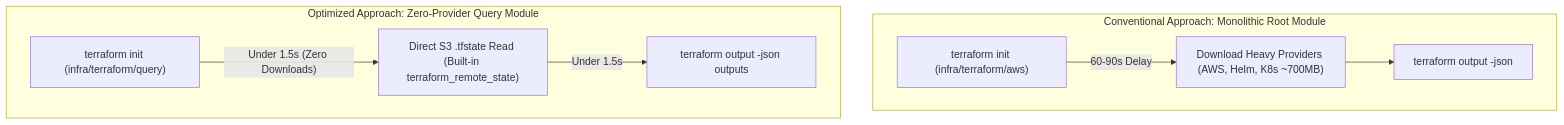
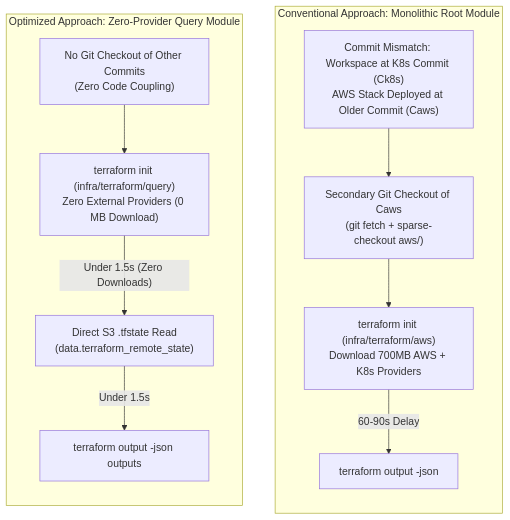
One commit to parth9218/Document-Intelligence-Platform changed the diagram in docs-site/docs/challenges/terraform-query-module.md. Above: the diagram before and after it, drawn with Mermaid. The commit also changed other lines of this file and 4 other files, not shown here.

````diff
--- a/docs-site/docs/challenges/terraform-query-module.md
+++ b/docs-site/docs/challenges/terraform-query-module.md
@@ -47,18 +58,26 @@
 ```mermaid
 flowchart TD
-    subgraph Traditional_Pattern ["Conventional Approach: Monolithic Root Module"]
-        Init1["terraform init (infra/terraform/aws)"]
-        DL1["Download Heavy Providers (AWS, Helm, K8s ~700MB)"]
+    subgraph Conventional_Pattern ["Conventional Approach: Monolithic Root Module"]
+        direction TB
+        CommitMismatch["Commit Mismatch: Workspace at K8s Commit (Ck8s)<br/>AWS Stack Deployed at Older Commit (Caws)"]
+        GitCheckout["Secondary Git Checkout of Caws<br/>(git fetch + sparse-checkout aws/)"]
+        Init1["terraform init (infra/terraform/aws)<br/>Download 700MB AWS + K8s Providers"]
         Output1["terraform output -json"]
-        Init1 -->|"60-90s Delay"| DL1
-        DL1 --> Output1
+        
+        CommitMismatch --> GitCheckout
+        GitCheckout --> Init1
+        Init1 -->|"60-90s Delay"| Output1
     end
 
     subgraph ZeroProvider_Pattern ["Optimized Approach: Zero-Provider Query Module"]
-        Init2["terraform init (infra/terraform/query)"]
-        Read2["Direct S3 .tfstate Read (Built-in terraform_remote_state)"]
+        direction TB
+        NoGit["No Git Checkout of Other Commits<br/>(Zero Code Coupling)"]
+        Init2["terraform init (infra/terraform/query)<br/>Zero External Providers (0 MB Download)"]
+        Read2["Direct S3 .tfstate Read<br/>(data.terraform_remote_state)"]
         Output2["terraform output -json outputs"]
+        
+        NoGit --> Init2
         Init2 -->|"Under 1.5s (Zero Downloads)"| Read2
         Read2 -->|"Under 1.5s"| Output2
     end
 ```
````
